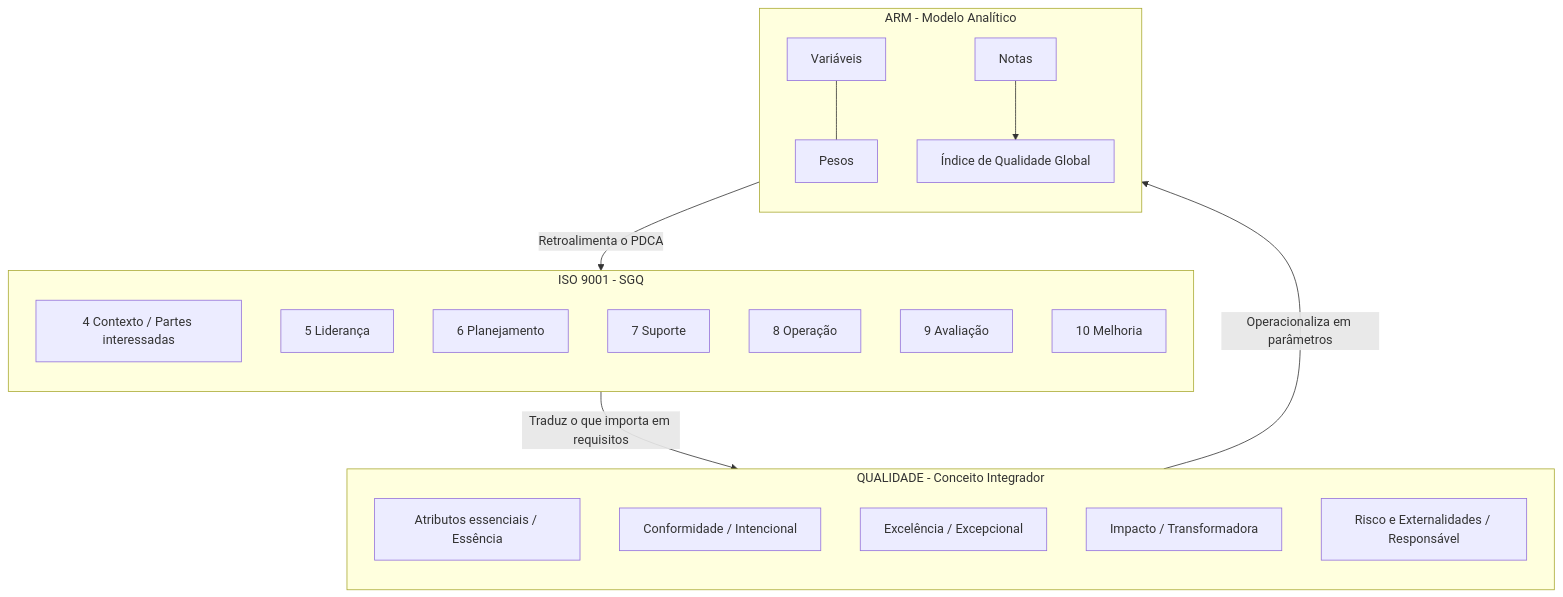
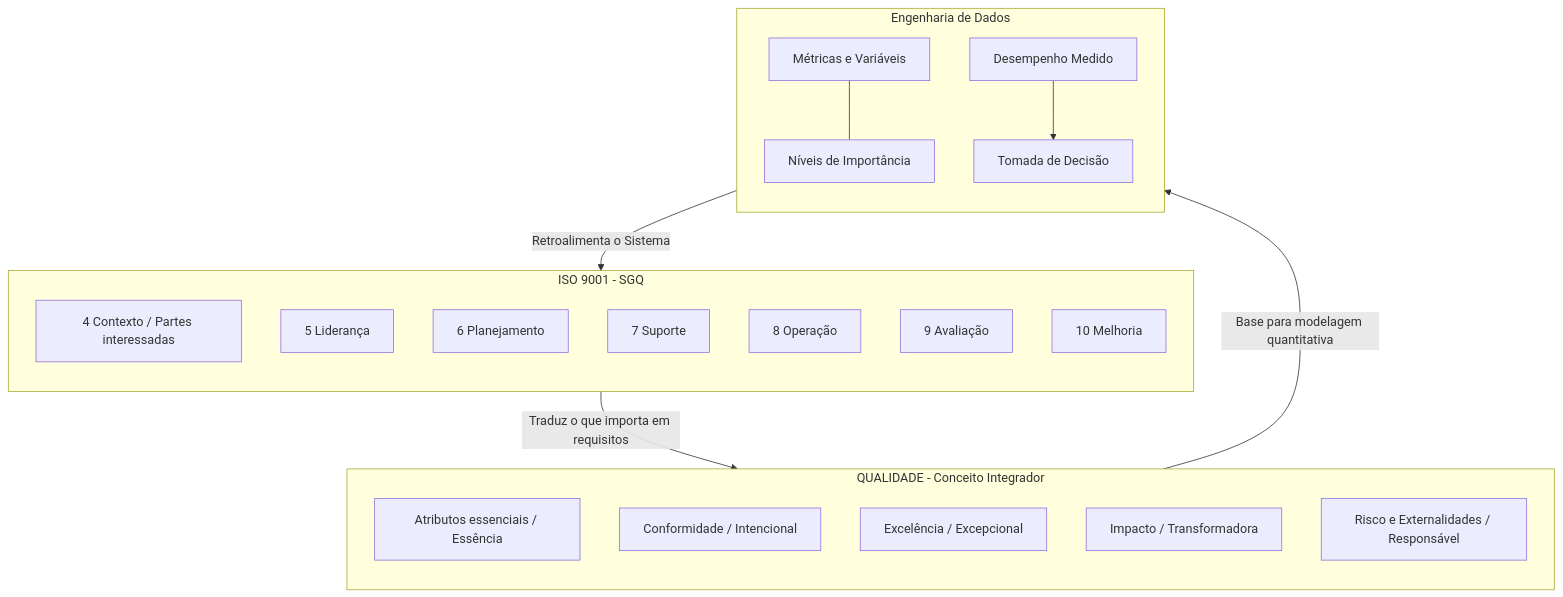
The diagram in chapters/cap1-fundamentos.qmd (rafasfer2/MiningAnalyticsBook), drawn with Mermaid before and after one commit. The commit also changed other lines of this file, not shown here.

Commit message:
refactor: reescrever seção de mapeamento ISO 9001 em cap1 focando em engenharia de dados

````diff
--- a/chapters/cap1-fundamentos.qmd
+++ b/chapters/cap1-fundamentos.qmd
@@ -637,36 +650,36 @@
 ```{mermaid}
-%%| label: fig-fluxo-iso-arm
-%%| fig-cap: "Diagrama de Operacionalização: Da ISO 9001 à Modelagem ARM"
+%%| label: fig-fluxo-iso-qualidade
+%%| fig-cap: "Diagrama de Operacionalização: Da ISO 9001 à Engenharia de Dados"
 flowchart TB
     subgraph ISO [ISO 9001 - SGQ]
         direction TB
         Ctx[4 Contexto / Partes interessadas]
         Lead[5 Liderança]
         Plan[6 Planejamento]
         Sup[7 Suporte]
         Oper[8 Operação]
         Perf[9 Avaliação]
         Imp[10 Melhoria]
     end
 
     ISO --> |Traduz o que importa em requisitos| Qualidade
 
     subgraph Qualidade [QUALIDADE - Conceito Integrador]
         direction TB
         A1[Atributos essenciais / Essência]
         A2[Conformidade / Intencional]
         A3[Excelência / Excepcional]
         A4[Impacto / Transformadora]
         A5[Risco e Externalidades / Responsável]
     end
 
-    Qualidade --> |Operacionaliza em parâmetros| ARM_Model
+    Qualidade --> |Base para modelagem quantitativa| Engenharia
 
-    subgraph ARM_Model [ARM - Modelo Analítico]
+    subgraph Engenharia [Engenharia de Dados]
         direction TB
-        V1[Variáveis] --- P1[Pesos]
-        N1[Notas] --> I1[Índice de Qualidade Global]
+        V1[Métricas e Variáveis] --- P1[Níveis de Importância]
+        N1[Desempenho Medido] --> I1[Tomada de Decisão]
     end
 
-    ARM_Model --> |Retroalimenta o PDCA| ISO
+    Engenharia --> |Retroalimenta o Sistema| ISO
 ```
````
